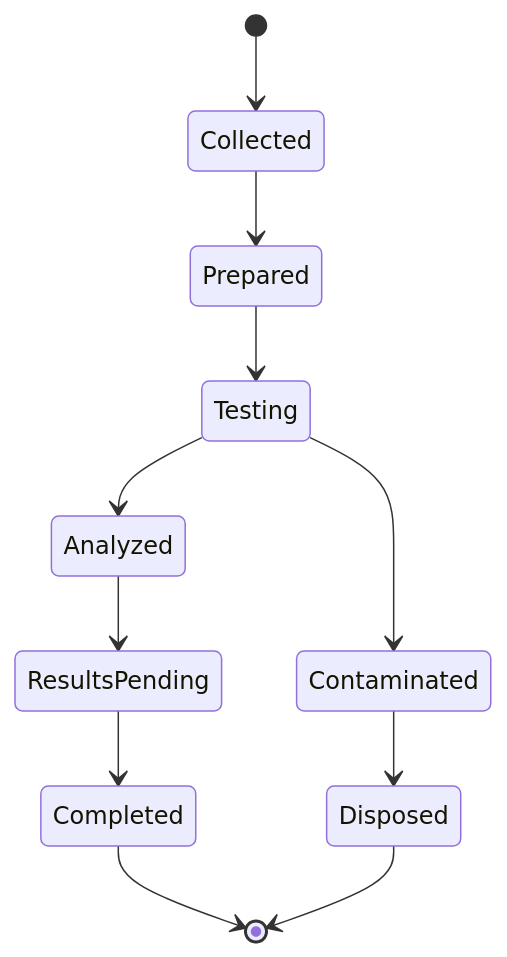
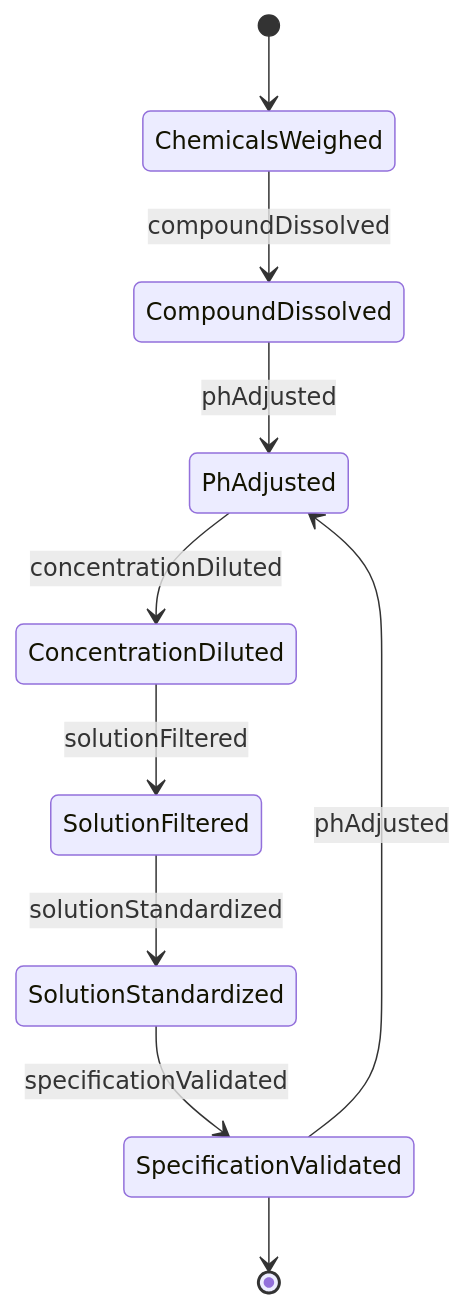
The second of 4 diagrams in HandlingAndMovingObjects/PrepareSpecimensOrMaterialsForTesting/PrepareCompoundsSolutionsProductsTesting.mdx (dot-org-ai/tasks.org.ai), drawn with Mermaid before and after one commit. The commit also changed other lines of this file and 515 other files, not shown here.

````diff
--- a/HandlingAndMovingObjects/PrepareSpecimensOrMaterialsForTesting/PrepareCompoundsSolutionsProductsTesting.mdx
+++ b/HandlingAndMovingObjects/PrepareSpecimensOrMaterialsForTesting/PrepareCompoundsSolutionsProductsTesting.mdx
@@ -99,13 +99,12 @@
 ```mermaid
 stateDiagram-v2
-    [*] --> Collected
-    Collected --> Prepared
-    Prepared --> Testing
-    Testing --> Analyzed
-    Analyzed --> ResultsPending
-    ResultsPending --> Completed
-    Testing --> Contaminated
-    Contaminated --> Disposed
-    Completed --> [*]
-    Disposed --> [*]
+    [*] --> ChemicalsWeighed
+    ChemicalsWeighed --> CompoundDissolved : compoundDissolved
+    CompoundDissolved --> PhAdjusted : phAdjusted
+    PhAdjusted --> ConcentrationDiluted : concentrationDiluted
+    ConcentrationDiluted --> SolutionFiltered : solutionFiltered
+    SolutionFiltered --> SolutionStandardized : solutionStandardized
+    SolutionStandardized --> SpecificationValidated : specificationValidated
+    SpecificationValidated --> PhAdjusted : phAdjusted
+    SpecificationValidated --> [*]
 ```
````
